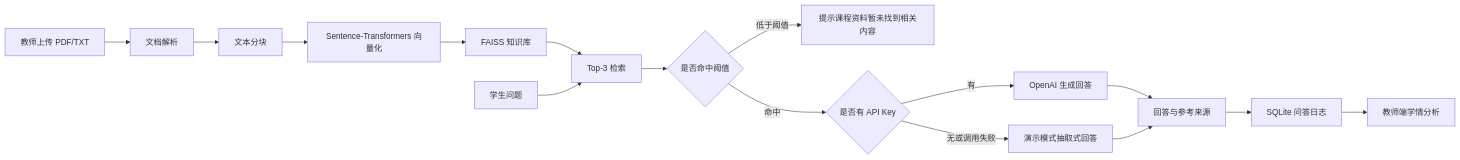
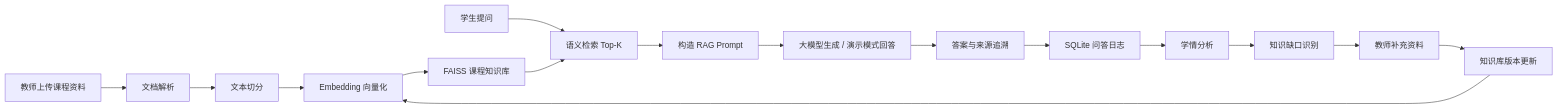
The diagram in README.md (songjiaqi757/edu-rag), drawn with Mermaid before and after one commit. The commit also changed other lines of this file and 11 other files, not shown here.

````diff
--- a/README.md
+++ b/README.md
@@ -62,18 +33,18 @@
 ```mermaid
 flowchart LR
-    A[教师上传 PDF/TXT] --> B[文档解析]
-    B --> C[文本分块]
-    C --> D[Sentence-Transformers 向量化]
-    D --> E[FAISS 知识库]
-    E --> F[Top-3 检索]
-    G[学生问题] --> F
-    F --> H{是否命中阈值}
-    H -->|低于阈值| I[提示课程资料暂未找到相关内容]
-    H -->|命中| J{是否有 API Key}
-    J -->|有| K[OpenAI 生成回答]
-    J -->|无或调用失败| L[演示模式抽取式回答]
-    K --> M[回答与参考来源]
-    L --> M
-    M --> N[SQLite 问答日志]
-    N --> O[教师端学情分析]
+    A[教师上传课程资料] --> B[文档解析]
+    B --> C[文本切分]
+    C --> D[Embedding 向量化]
+    D --> E[FAISS 课程知识库]
+    F[学生提问] --> G[语义检索 Top-K]
+    E --> G
+    G --> H[构造 RAG Prompt]
+    H --> I[大模型生成 / 演示模式回答]
+    I --> J[答案与来源追溯]
+    J --> K[SQLite 问答日志]
+    K --> L[学情分析]
+    L --> M[知识缺口识别]
+    M --> N[教师补充资料]
+    N --> O[知识库版本更新]
+    O --> D
 ```
````
